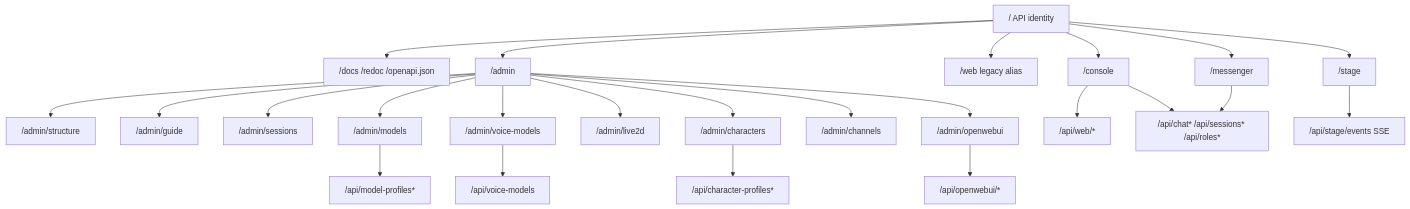
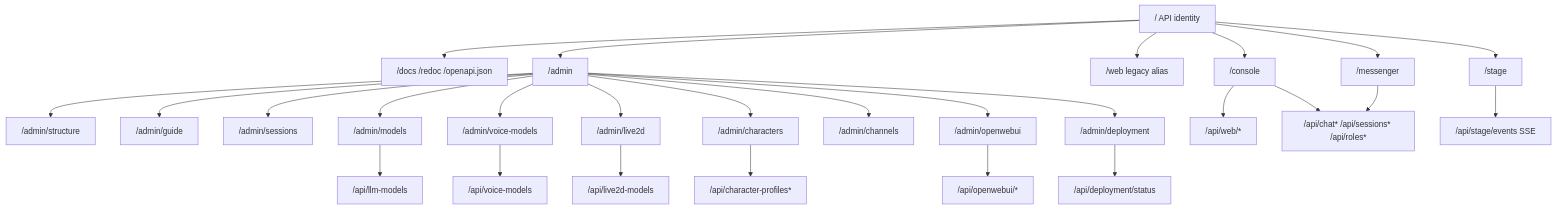
One commit to moegundam/echobot-web-mobile changed the first of 2 diagrams in docs/implementation/echobot-web-site-structure.md. Above: the diagram before and after it, drawn with Mermaid. The commit also changed other lines of this file and 26 other files, not shown here.

````diff
--- a/docs/implementation/echobot-web-site-structure.md
+++ b/docs/implementation/echobot-web-site-structure.md
@@ -74,28 +78,31 @@
 ```mermaid
 flowchart TD
     Root["/ API identity"] --> Docs["/docs /redoc /openapi.json"]
     Root --> Console["/console"]
     Root --> WebAlias["/web legacy alias"]
     Root --> Stage["/stage"]
     Root --> Messenger["/messenger"]
     Root --> Admin["/admin"]
 
     Admin --> Structure["/admin/structure"]
     Admin --> Guide["/admin/guide"]
     Admin --> Sessions["/admin/sessions"]
     Admin --> Models["/admin/models"]
     Admin --> Voice["/admin/voice-models"]
     Admin --> Live2D["/admin/live2d"]
     Admin --> Characters["/admin/characters"]
     Admin --> Channels["/admin/channels"]
     Admin --> OpenWebUI["/admin/openwebui"]
+    Admin --> Deployment["/admin/deployment"]
 
     Console --> WebAPI["/api/web/*"]
     Console --> ChatAPI["/api/chat* /api/sessions* /api/roles*"]
     Messenger --> ChatAPI
     Stage --> StageAPI["/api/stage/events SSE"]
     Characters --> CharacterAPI["/api/character-profiles*"]
-    Models --> ModelAPI["/api/model-profiles*"]
+    Models --> ModelAPI["/api/llm-models"]
     Voice --> VoiceAPI["/api/voice-models"]
+    Live2D --> Live2DAPI["/api/live2d-models"]
     OpenWebUI --> BridgeAPI["/api/openwebui/*"]
+    Deployment --> DeployAPI["/api/deployment/status"]
 ```
````
